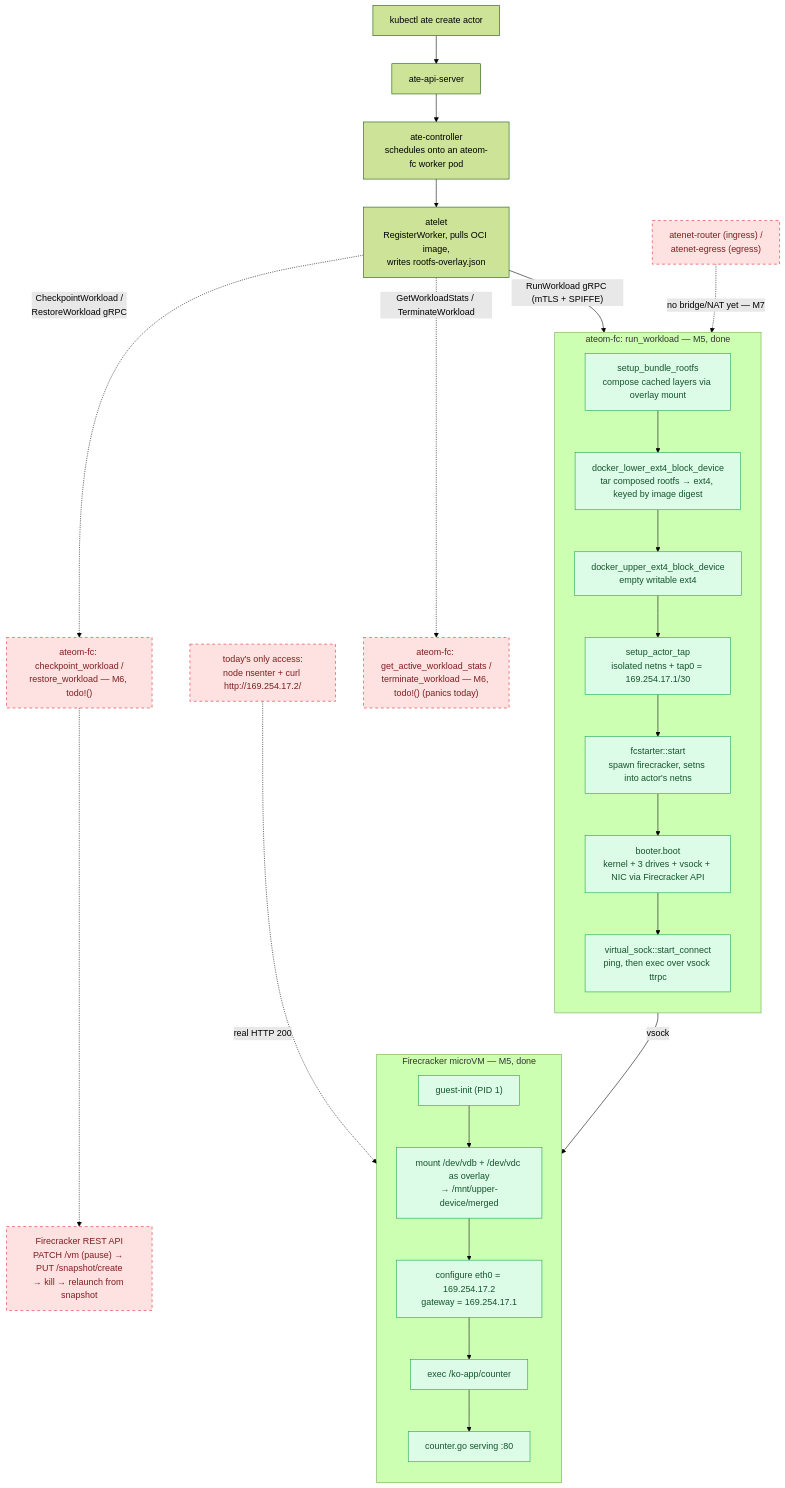
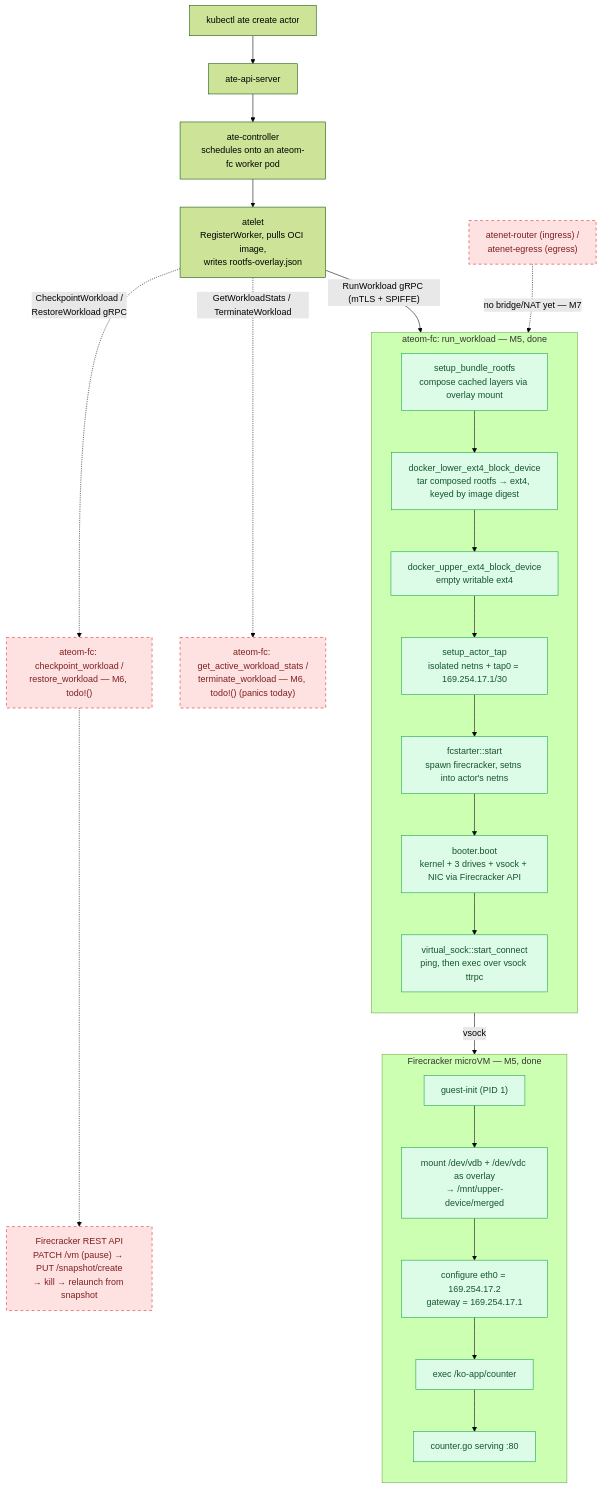
The diagram in README.md (sga80/ateom-firecracker), drawn with Mermaid (forest theme) before and after one commit. The commit also changed 1 other file, not shown here.

Commit message:
M5 - Integrate with substrate

````diff
--- a/README.md
+++ b/README.md
@@ -102,41 +102,39 @@
 ```mermaid
 flowchart TD
     U["kubectl ate create actor"] --> API["ate-api-server"]
     API --> CTRL["ate-controller<br/>schedules onto an ateom-fc worker pod"]
     CTRL --> ATELET["atelet<br/>RegisterWorker, pulls OCI image,<br/>writes rootfs-overlay.json"]
     ATELET -->|"RunWorkload gRPC (mTLS + SPIFFE)"| RW
 
     subgraph RUNWORKLOAD["ateom-fc: run_workload — M5, done"]
         direction TB
         RW["setup_bundle_rootfs<br/>compose cached layers via overlay mount"]
         RW --> LOW["docker_lower_ext4_block_device<br/>tar composed rootfs → ext4, keyed by image digest"]
         LOW --> UP["docker_upper_ext4_block_device<br/>empty writable ext4"]
         UP --> TAP["setup_actor_tap<br/>isolated netns + tap0 = 169.254.17.1/30"]
         TAP --> FCS["fcstarter::start<br/>spawn firecracker, setns into actor's netns"]
         FCS --> BOOT["booter.boot<br/>kernel + 3 drives + vsock + NIC via Firecracker API"]
         BOOT --> VSOCK["virtual_sock::start_connect<br/>ping, then exec over vsock ttrpc"]
     end
 
     VSOCK -->|vsock| GI
 
     subgraph VM["Firecracker microVM — M5, done"]
         direction TB
         GI["guest-init (PID 1)"] --> MNT["mount /dev/vdb + /dev/vdc as overlay<br/>→ /mnt/upper-device/merged"]
         MNT --> NET["configure eth0 = 169.254.17.2<br/>gateway = 169.254.17.1"]
         NET --> EXEC["exec /ko-app/counter"]
         EXEC --> APPSRV["counter.go serving :80"]
     end
 
-    VERIFY["today's only access:<br/>node nsenter + curl http://169.254.17.2/"] -.->|"real HTTP 200"| APPSRV
-
     ATELET -.->|"CheckpointWorkload /<br/>RestoreWorkload gRPC"| CKPT["ateom-fc: checkpoint_workload /<br/>restore_workload — M6, todo!()"]
     CKPT -.-> FCAPI["Firecracker REST API<br/>PATCH /vm (pause) → PUT /snapshot/create<br/>→ kill → relaunch from snapshot"]
     ATELET -.->|"GetWorkloadStats / TerminateWorkload"| STATS["ateom-fc: get_active_workload_stats /<br/>terminate_workload — M6, todo!() (panics today)"]
 
     ROUTER["atenet-router (ingress) /<br/>atenet-egress (egress)"] -.->|"no bridge/NAT yet — M7"| TAP
 
     classDef done fill:#dcfce7,stroke:#16a34a,color:#14532d;
     classDef todo fill:#fee2e2,stroke:#dc2626,stroke-dasharray: 5 5,color:#7f1d1d;
     class RW,LOW,UP,TAP,FCS,BOOT,VSOCK,GI,MNT,NET,EXEC,APPSRV done;
-    class CKPT,FCAPI,STATS,ROUTER,VERIFY todo;
+    class CKPT,FCAPI,STATS,ROUTER todo;
 ```
````
